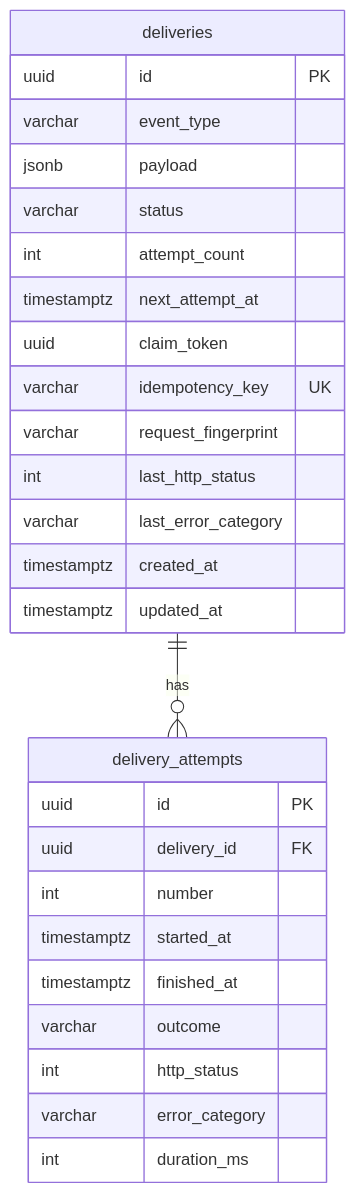
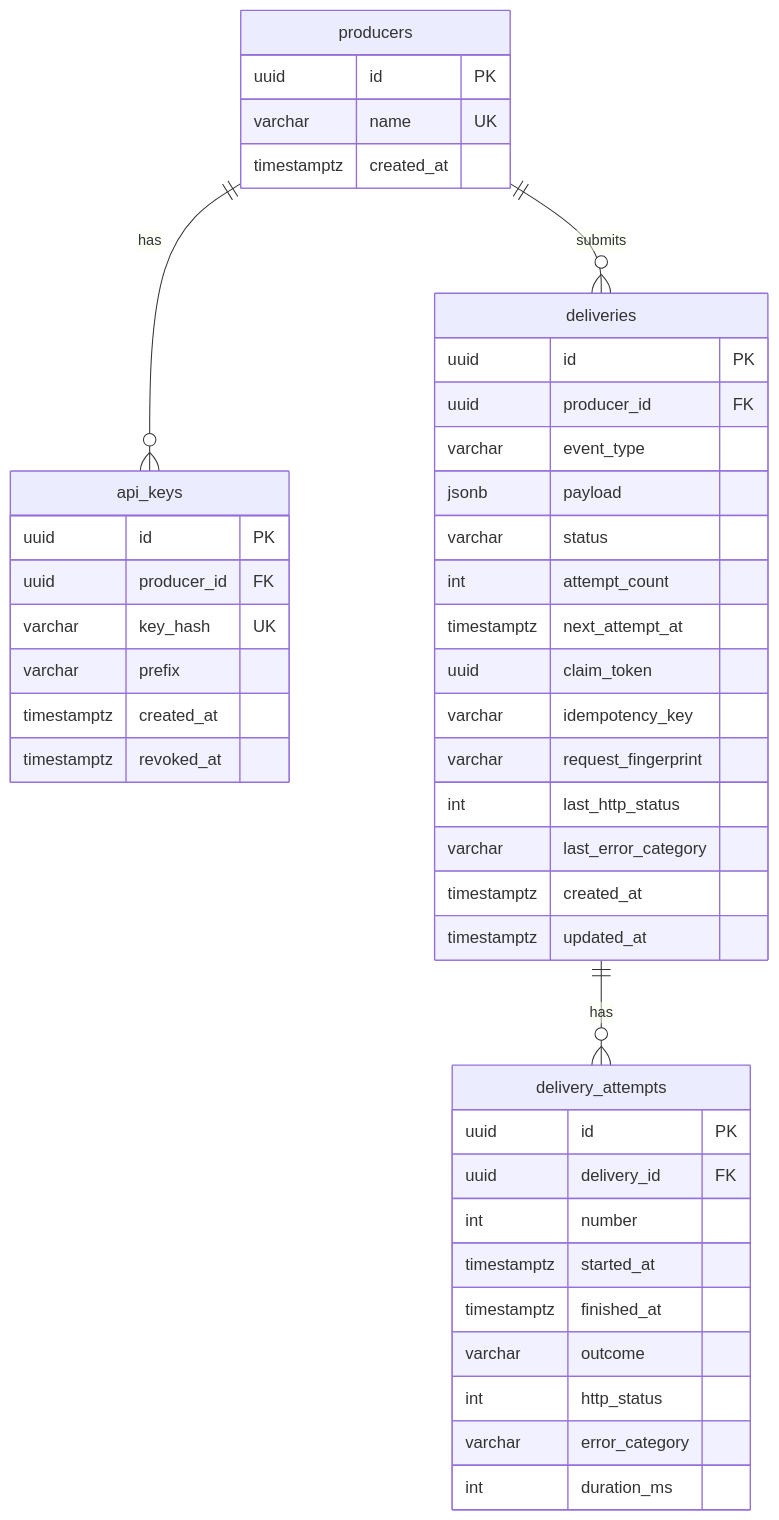
One commit to DucAnhLe1992/webhook-delivery-service changed the third of 8 diagrams in ARCHITECTURE.md. Above: the diagram before and after it, drawn with Mermaid. The commit also changed other lines of this file and 29 other files, not shown here.

````diff
--- a/ARCHITECTURE.md
+++ b/ARCHITECTURE.md
@@ -103,30 +122,46 @@
 ```mermaid
 erDiagram
+    producers ||--o{ api_keys : has
+    producers ||--o{ deliveries : submits
     deliveries ||--o{ delivery_attempts : has
+    producers {
+        uuid id PK
+        varchar name UK
+        timestamptz created_at
+    }
+    api_keys {
+        uuid id PK
+        uuid producer_id FK
+        varchar key_hash UK
+        varchar prefix
+        timestamptz created_at
+        timestamptz revoked_at
+    }
     deliveries {
         uuid id PK
+        uuid producer_id FK
         varchar event_type
         jsonb payload
         varchar status
         int attempt_count
         timestamptz next_attempt_at
         uuid claim_token
-        varchar idempotency_key UK
+        varchar idempotency_key
         varchar request_fingerprint
         int last_http_status
         varchar last_error_category
         timestamptz created_at
         timestamptz updated_at
     }
     delivery_attempts {
         uuid id PK
         uuid delivery_id FK
         int number
         timestamptz started_at
         timestamptz finished_at
         varchar outcome
         int http_status
         varchar error_category
         int duration_ms
     }
 ```
````
